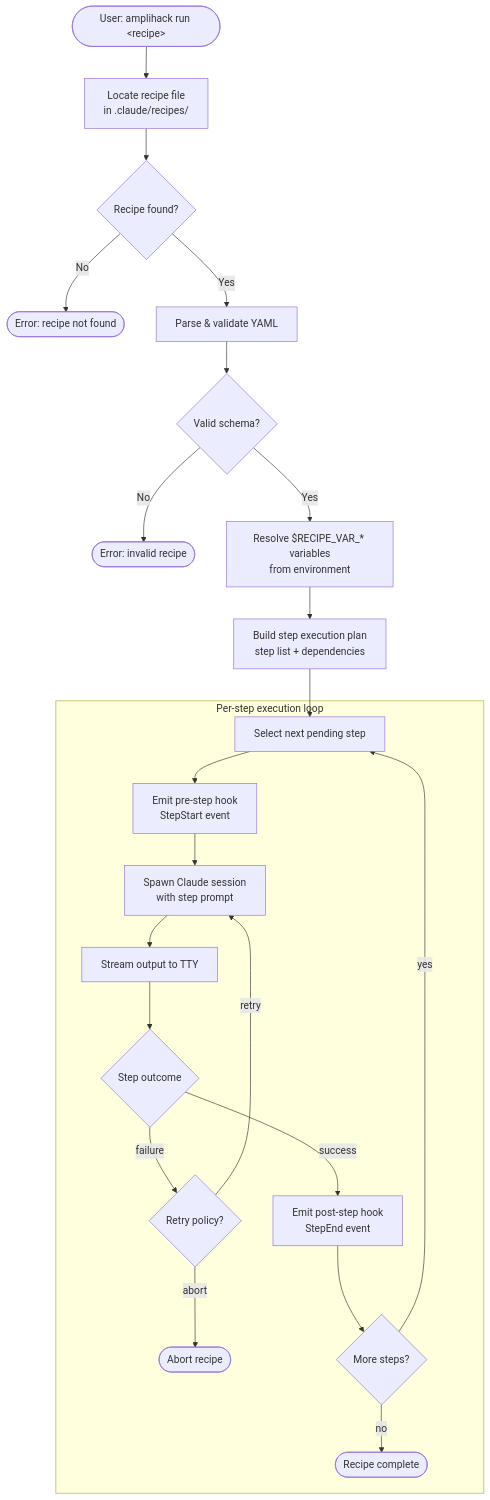
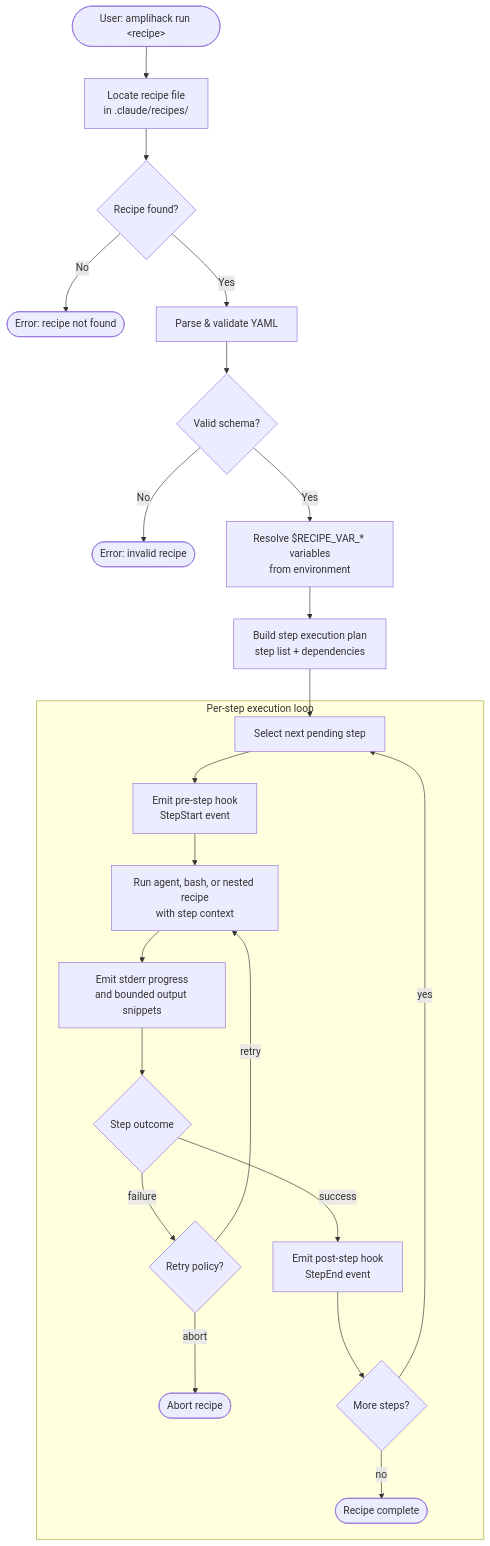
One commit to rysweet/amplihack-rs changed the diagram in docs/concepts/recipe-execution-flow.md. Above: the diagram before and after it, drawn with Mermaid. The commit also changed other lines of this file and 19 other files, not shown here.

First line of the commit message:
feat(recipe): improve recipe runner logging transparency and progress reporting (#691)

````diff
--- a/docs/concepts/recipe-execution-flow.md
+++ b/docs/concepts/recipe-execution-flow.md
@@ -14,27 +14,27 @@
 ```mermaid
 flowchart TD
     A([User: amplihack run &lt;recipe&gt;]) --> B[Locate recipe file\nin .claude/recipes/]
     B --> C{Recipe found?}
     C -- No --> ERR1([Error: recipe not found])
     C -- Yes --> D[Parse & validate YAML]
     D --> E{Valid schema?}
     E -- No --> ERR2([Error: invalid recipe])
     E -- Yes --> F[Resolve $RECIPE_VAR_* variables\nfrom environment]
     F --> G[Build step execution plan\nstep list + dependencies]
 
     subgraph StepLoop ["Per-step execution loop"]
         H[Select next pending step] --> I[Emit pre-step hook\nStepStart event]
-        I --> J[Spawn Claude session\nwith step prompt]
-        J --> K[Stream output to TTY]
+        I -->         J[Run agent, bash, or nested recipe\nwith step context]
+        J --> K[Emit stderr progress\nand bounded output snippets]
         K --> L{Step outcome}
         L -- success --> M[Emit post-step hook\nStepEnd event]
         L -- failure --> N{Retry policy?}
         N -- retry --> J
         N -- abort --> ERR3([Abort recipe])
         M --> O{More steps?}
         O -- yes --> H
         O -- no --> P([Recipe complete])
     end
 
     G --> H
 ```
````
